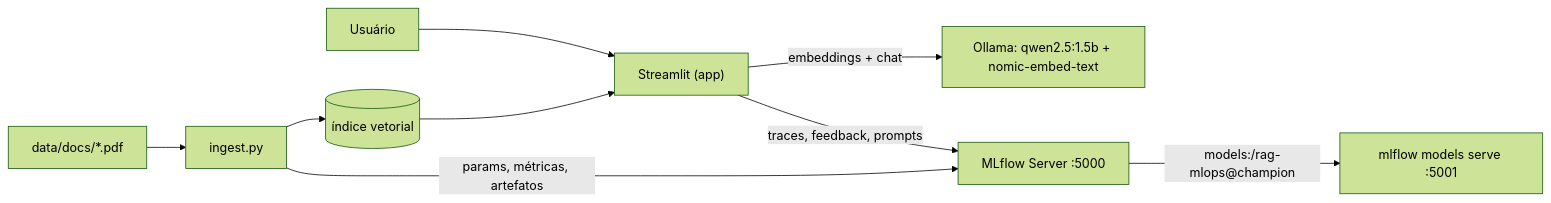
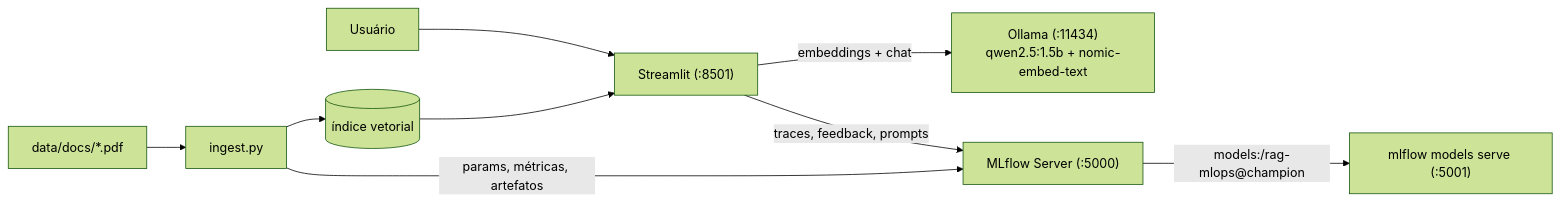
Before and after one commit to joaopedrofontes/mlops_sem1: the diagram in README.md, drawn with Mermaid (forest theme). The commit also changed other lines of this file, not shown here.

````diff
--- a/README.md
+++ b/README.md
@@ -10,10 +32,10 @@
 ```mermaid
 flowchart LR
-    U[Usuário] --> APP["Streamlit (app)"]
-    APP -->|"embeddings + chat"| OLL["Ollama: qwen2.5:1.5b + nomic-embed-text"]
-    APP -->|"traces, feedback, prompts"| MLF["MLflow Server :5000"]
+    U[Usuário] --> APP["Streamlit (:8501)"]
+    APP -->|"embeddings + chat"| OLL["Ollama (:11434)<br/>qwen2.5:1.5b + nomic-embed-text"]
+    APP -->|"traces, feedback, prompts"| MLF["MLflow Server (:5000)"]
     PDF["data/docs/*.pdf"] --> ING[ingest.py] --> IDX[(índice vetorial)]
     IDX --> APP
     ING -->|"params, métricas, artefatos"| MLF
-    MLF -->|"models:/rag-mlops@champion"| SRV["mlflow models serve :5001"]
+    MLF -->|"models:/rag-mlops@champion"| SRV["mlflow models serve (:5001)"]
 ```
````
